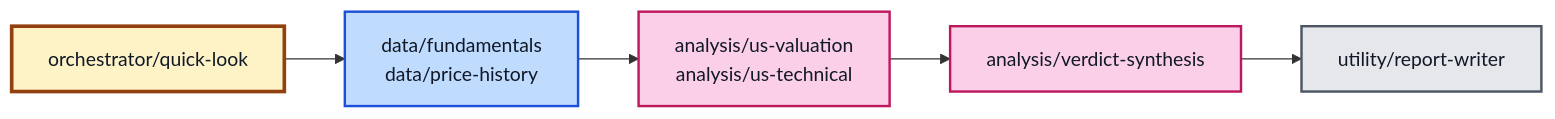
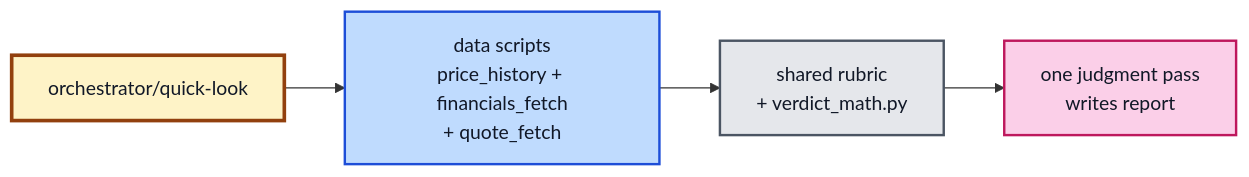
One commit to blueorbitz/pw-investment-tools changed the first of 3 diagrams in README.md. Above: the diagram before and after it, drawn with Mermaid. The commit also changed other lines of this file and 35 other files, not shown here.

````diff
--- a/README.md
+++ b/README.md
@@ -11,9 +13,9 @@
 ```mermaid
 flowchart LR
-    QL[orchestrator/quick-look]:::orch --> DATA[data/fundamentals<br/>data/price-history]:::data --> ANALYSIS[analysis/us-valuation<br/>analysis/us-technical]:::analysis --> VERDICT[analysis/verdict-synthesis]:::analysis --> REPORT[utility/report-writer]:::util
+    QL[orchestrator/quick-look]:::orch --> DATA[data scripts<br/>price_history + financials_fetch<br/>+ quote_fetch]:::data --> RUBRIC[shared rubric<br/>+ verdict_math.py]:::util --> REPORT[one judgment pass<br/>writes report]:::analysis
 
     classDef orch fill:#fef3c7,stroke:#92400e,stroke-width:3px,color:#111827
     classDef data fill:#bfdbfe,stroke:#1d4ed8,stroke-width:2px,color:#111827
     classDef analysis fill:#fbcfe8,stroke:#be185d,stroke-width:2px,color:#111827
     classDef util fill:#e5e7eb,stroke:#4b5563,stroke-width:2px,color:#111827
 ```
````
